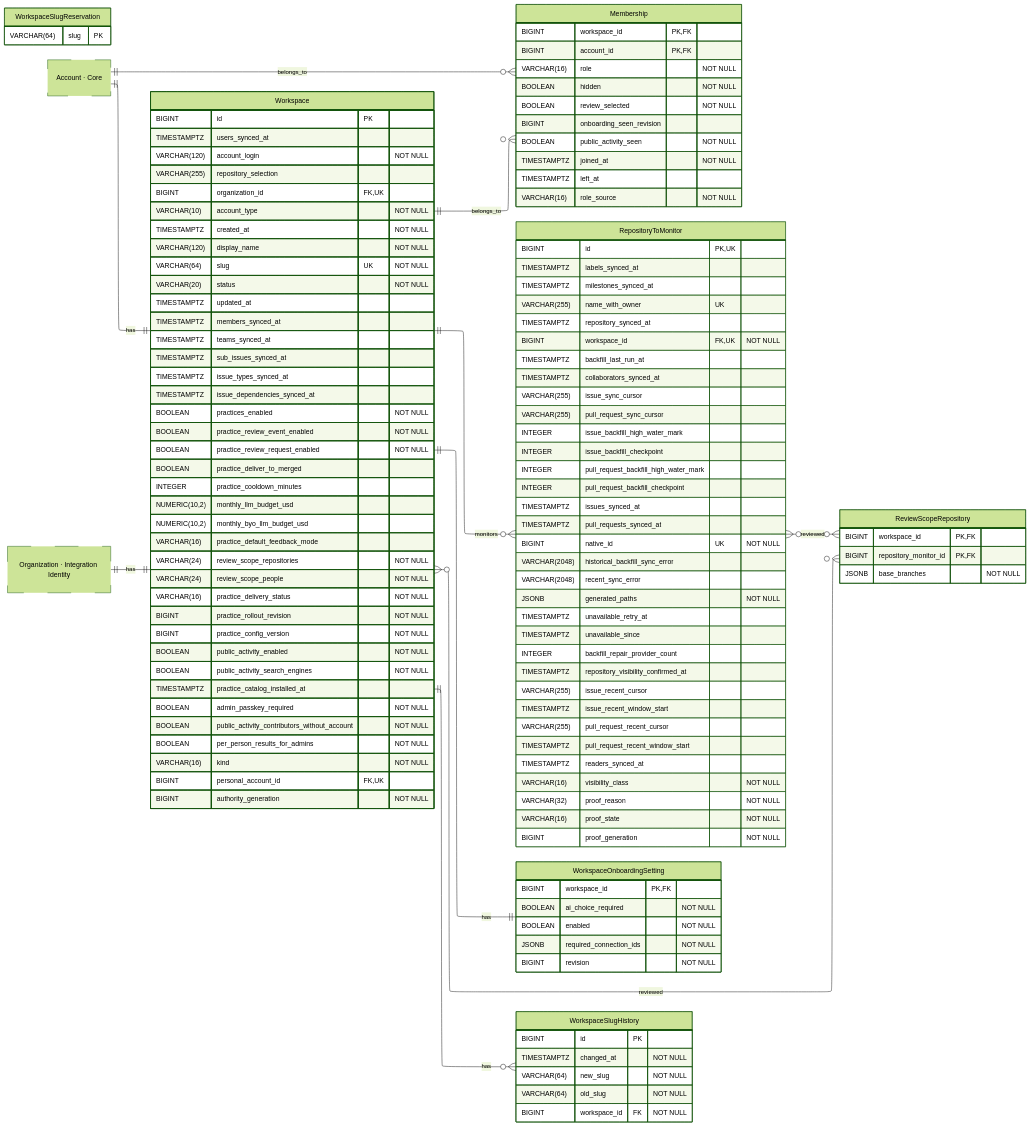
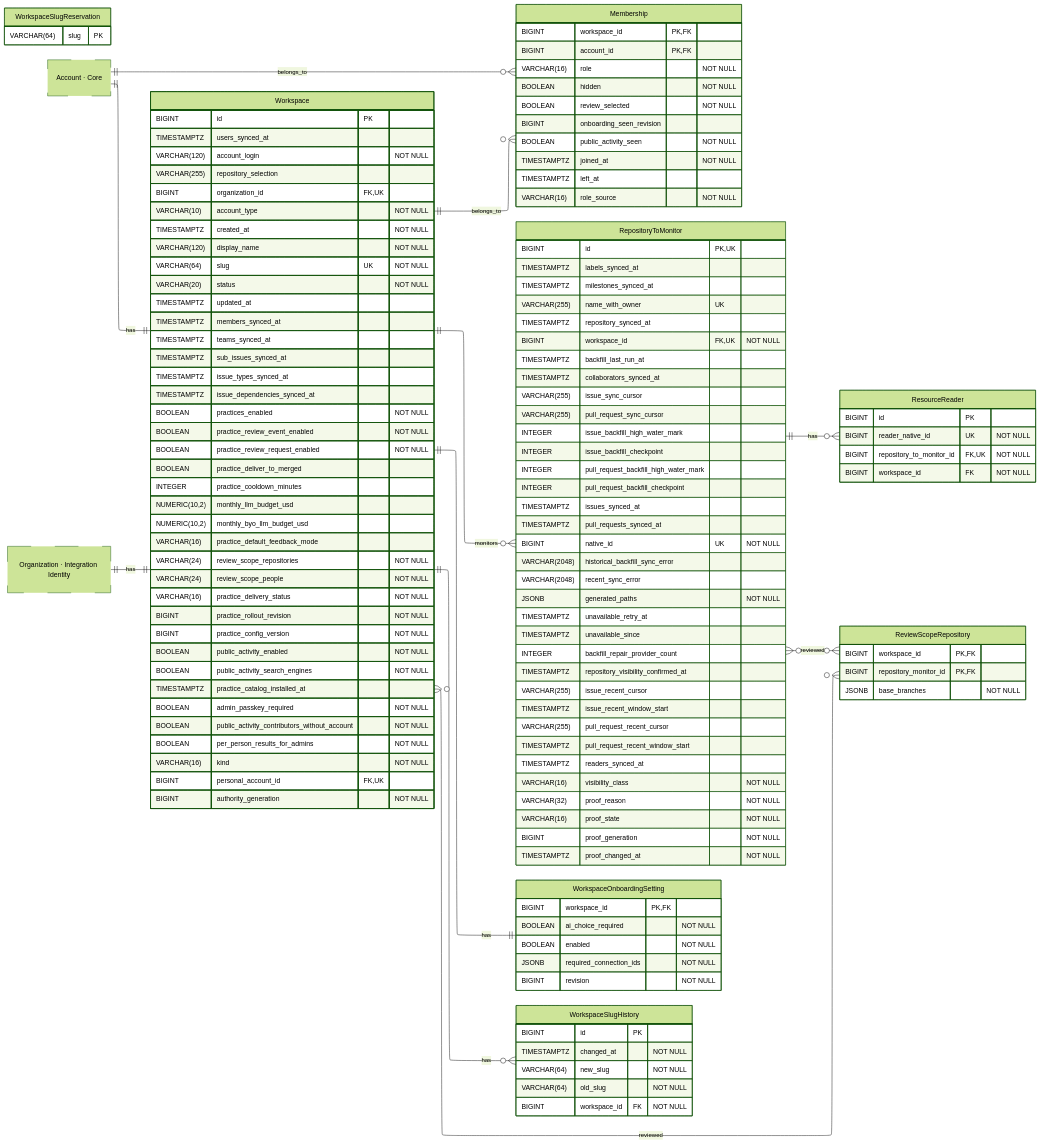
One commit to hephaestus-build/Hephaestus changed the diagram in docs/contributor/erd/workspace.mmd. Above: the diagram before and after it, drawn with Mermaid (forest theme). The commit also changed 28 other files, not shown here.

```diff
--- a/docs/contributor/erd/workspace.mmd
+++ b/docs/contributor/erd/workspace.mmd
@@ -1,156 +1,165 @@
 ---
 config:
     layout: elk
 ---
 erDiagram
     %% Generated automatically from PostgreSQL database schema
     %% using scripts/generate-mermaid-erd.ts
     %% To regenerate: vp run db:generate-erd-docs
 
     direction LR
 
     Membership {
         BIGINT workspace_id PK,FK
         BIGINT account_id PK,FK
         VARCHAR(16) role "NOT NULL"
         BOOLEAN hidden "NOT NULL"
         BOOLEAN review_selected "NOT NULL"
         BIGINT onboarding_seen_revision
         BOOLEAN public_activity_seen "NOT NULL"
         TIMESTAMPTZ joined_at "NOT NULL"
         TIMESTAMPTZ left_at
         VARCHAR(16) role_source "NOT NULL"
     }
 
     RepositoryToMonitor {
         BIGINT id PK,UK
         TIMESTAMPTZ labels_synced_at
         TIMESTAMPTZ milestones_synced_at
         VARCHAR(255) name_with_owner UK
         TIMESTAMPTZ repository_synced_at
         BIGINT workspace_id FK,UK "NOT NULL"
         TIMESTAMPTZ backfill_last_run_at
         TIMESTAMPTZ collaborators_synced_at
         VARCHAR(255) issue_sync_cursor
         VARCHAR(255) pull_request_sync_cursor
         INTEGER issue_backfill_high_water_mark
         INTEGER issue_backfill_checkpoint
         INTEGER pull_request_backfill_high_water_mark
         INTEGER pull_request_backfill_checkpoint
         TIMESTAMPTZ issues_synced_at
         TIMESTAMPTZ pull_requests_synced_at
         BIGINT native_id UK "NOT NULL"
         VARCHAR(2048) historical_backfill_sync_error
         VARCHAR(2048) recent_sync_error
         JSONB generated_paths "NOT NULL"
         TIMESTAMPTZ unavailable_retry_at
         TIMESTAMPTZ unavailable_since
         INTEGER backfill_repair_provider_count
         TIMESTAMPTZ repository_visibility_confirmed_at
         VARCHAR(255) issue_recent_cursor
         TIMESTAMPTZ issue_recent_window_start
         VARCHAR(255) pull_request_recent_cursor
         TIMESTAMPTZ pull_request_recent_window_start
         TIMESTAMPTZ readers_synced_at
         VARCHAR(16) visibility_class "NOT NULL"
         VARCHAR(32) proof_reason "NOT NULL"
         VARCHAR(16) proof_state "NOT NULL"
         BIGINT proof_generation "NOT NULL"
+        TIMESTAMPTZ proof_changed_at "NOT NULL"
+    }
+
+    ResourceReader {
+        BIGINT id PK
+        BIGINT reader_native_id UK "NOT NULL"
+        BIGINT repository_to_monitor_id FK,UK "NOT NULL"
+        BIGINT workspace_id FK "NOT NULL"
     }
 
     ReviewScopeRepository {
         BIGINT workspace_id PK,FK
         BIGINT repository_monitor_id PK,FK
         JSONB base_branches "NOT NULL"
     }
 
     Workspace {
         BIGINT id PK
         TIMESTAMPTZ users_synced_at
         VARCHAR(120) account_login "NOT NULL"
         VARCHAR(255) repository_selection
         BIGINT organization_id FK,UK
         VARCHAR(10) account_type "NOT NULL"
         TIMESTAMPTZ created_at "NOT NULL"
         VARCHAR(120) display_name "NOT NULL"
         VARCHAR(64) slug UK "NOT NULL"
         VARCHAR(20) status "NOT NULL"
         TIMESTAMPTZ updated_at
         TIMESTAMPTZ members_synced_at
         TIMESTAMPTZ teams_synced_at
         TIMESTAMPTZ sub_issues_synced_at
         TIMESTAMPTZ issue_types_synced_at
         TIMESTAMPTZ issue_dependencies_synced_at
         BOOLEAN practices_enabled "NOT NULL"
         BOOLEAN practice_review_event_enabled "NOT NULL"
         BOOLEAN practice_review_request_enabled "NOT NULL"
         BOOLEAN practice_deliver_to_merged
         INTEGER practice_cooldown_minutes
         NUMERIC(10,2) monthly_llm_budget_usd
         NUMERIC(10,2) monthly_byo_llm_budget_usd
         VARCHAR(16) practice_default_feedback_mode
         VARCHAR(24) review_scope_repositories "NOT NULL"
         VARCHAR(24) review_scope_people "NOT NULL"
         VARCHAR(16) practice_delivery_status "NOT NULL"
         BIGINT practice_rollout_revision "NOT NULL"
         BIGINT practice_config_version "NOT NULL"
         BOOLEAN public_activity_enabled "NOT NULL"
         BOOLEAN public_activity_search_engines "NOT NULL"
         TIMESTAMPTZ practice_catalog_installed_at
         BOOLEAN admin_passkey_required "NOT NULL"
         BOOLEAN public_activity_contributors_without_account "NOT NULL"
         BOOLEAN per_person_results_for_admins "NOT NULL"
         VARCHAR(16) kind "NOT NULL"
         BIGINT personal_account_id FK,UK
         BIGINT authority_generation "NOT NULL"
     }
 
     WorkspaceOnboardingSetting {
         BIGINT workspace_id PK,FK
         BOOLEAN ai_choice_required "NOT NULL"
         BOOLEAN enabled "NOT NULL"
         JSONB required_connection_ids "NOT NULL"
         BIGINT revision "NOT NULL"
     }
 
     WorkspaceSlugHistory {
         BIGINT id PK
         TIMESTAMPTZ changed_at "NOT NULL"
         VARCHAR(64) new_slug "NOT NULL"
         VARCHAR(64) old_slug "NOT NULL"
         BIGINT workspace_id FK "NOT NULL"
     }
 
     WorkspaceSlugReservation {
         VARCHAR(64) slug PK
     }
 
     Account["Account · Core"]
     Organization["Organization · Integration Identity"]
 
     %% Relationships
     %% One-to-One relationships
     Organization ||--|| Workspace : has
     Account ||--|| Workspace : has
     Workspace ||--|| WorkspaceOnboardingSetting : has
 
     %% One-to-Many relationships
     Account ||--o{ Membership : belongs_to
     Workspace ||--o{ Membership : belongs_to
     Workspace ||--o{ RepositoryToMonitor : monitors
+    RepositoryToMonitor ||--o{ ResourceReader : has
     Workspace ||--o{ WorkspaceSlugHistory : has
 
     %% Many-to-Many relationships
     RepositoryToMonitor }o--o{ ReviewScopeRepository : reviewed
     Workspace }o--o{ ReviewScopeRepository : reviewed
 
     %% Styling
     classDef primaryEntity stroke-width:2px
     classDef associationEntity stroke-width:1px
     classDef metadataEntity stroke-width:1px
     classDef referenceEntity stroke-dasharray:5 5
 
     class Account referenceEntity
     class Organization referenceEntity
     class RepositoryToMonitor metadataEntity
     class Workspace primaryEntity
```
